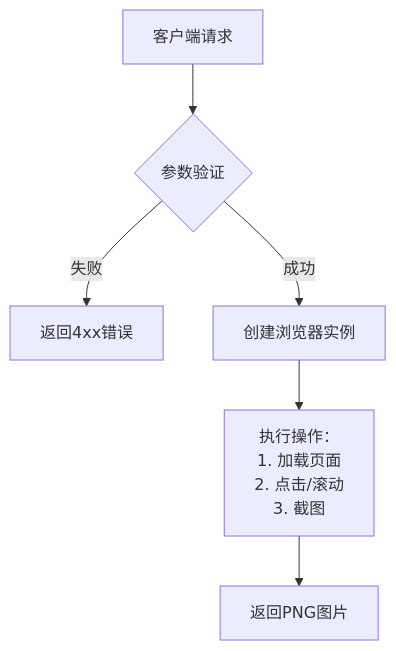
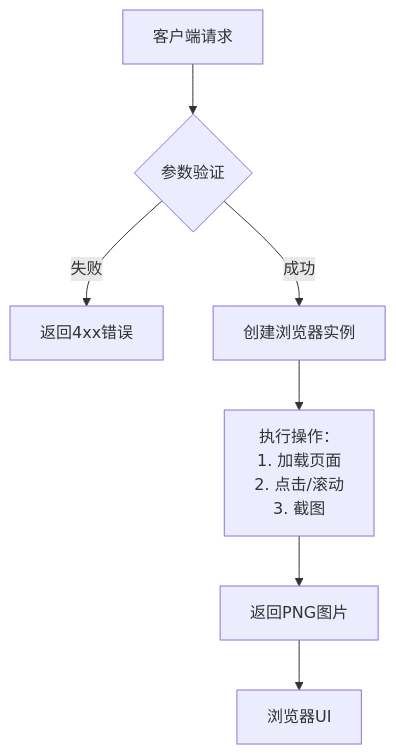
Before and after one commit to ColudAI/Pcap: the diagram in README.md, drawn with Mermaid.

Commit message:
修改了一些细节，导致了一个毛线

````diff
--- a/README.md
+++ b/README.md
@@ -91,8 +91,9 @@
 ```mermaid
 graph TD
     A[客户端请求] --> B{参数验证}
     B -->|失败| C[返回4xx错误]
     B -->|成功| D[创建浏览器实例]
     D --> E[执行操作：<br>1. 加载页面<br>2. 点击/滚动<br>3. 截图]
     E --> F[返回PNG图片]
+    F --> G[浏览器UI]
 ```
````
